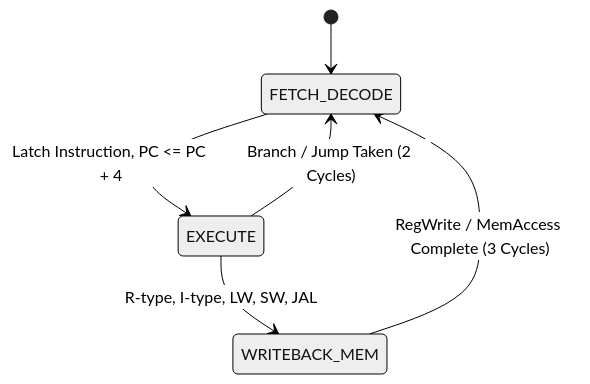
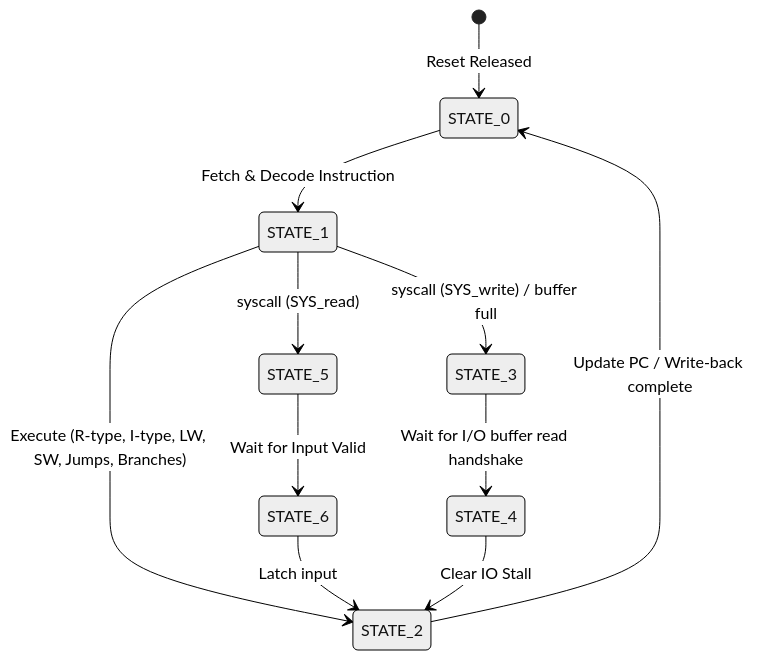
Before and after one commit to anushkarajora11/CS220-Project_32MIPS: the second of 2 diagrams in README.md, drawn with Mermaid (neutral theme). The commit also changed other lines of this file and 20 other files, not shown here.

````diff
--- a/README.md
+++ b/README.md
@@ -51,8 +62,13 @@
 ```mermaid
 stateDiagram-v2
-    [*] --> FETCH_DECODE
-    FETCH_DECODE --> EXECUTE : Latch Instruction, PC <= PC + 4
-    EXECUTE --> FETCH_DECODE : Branch / Jump Taken (2 Cycles)
-    EXECUTE --> WRITEBACK_MEM : R-type, I-type, LW, SW, JAL
-    WRITEBACK_MEM --> FETCH_DECODE : RegWrite / MemAccess Complete (3 Cycles)
+    [*] --> STATE_0 : Reset Released
+    STATE_0 --> STATE_1 : Fetch & Decode Instruction
+    STATE_1 --> STATE_5 : syscall (SYS_read)
+    STATE_1 --> STATE_3 : syscall (SYS_write) / buffer full
+    STATE_1 --> STATE_2 : Execute (R-type, I-type, LW, SW, Jumps, Branches)
+    STATE_5 --> STATE_6 : Wait for Input Valid
+    STATE_6 --> STATE_2 : Latch input
+    STATE_3 --> STATE_4 : Wait for I/O buffer read handshake
+    STATE_4 --> STATE_2 : Clear IO Stall
+    STATE_2 --> STATE_0 : Update PC / Write-back complete
 ```
````
